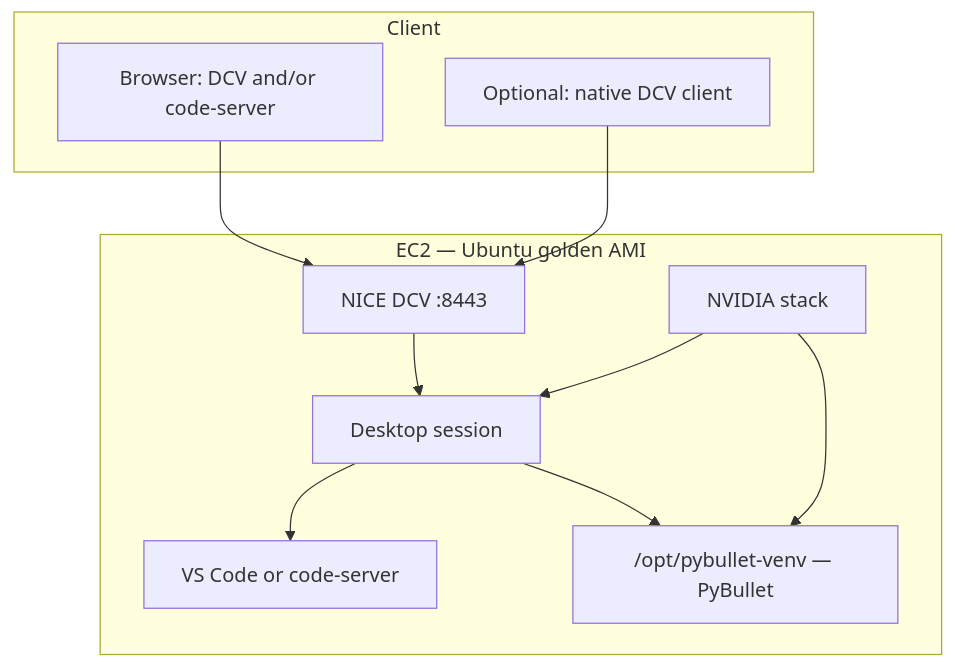
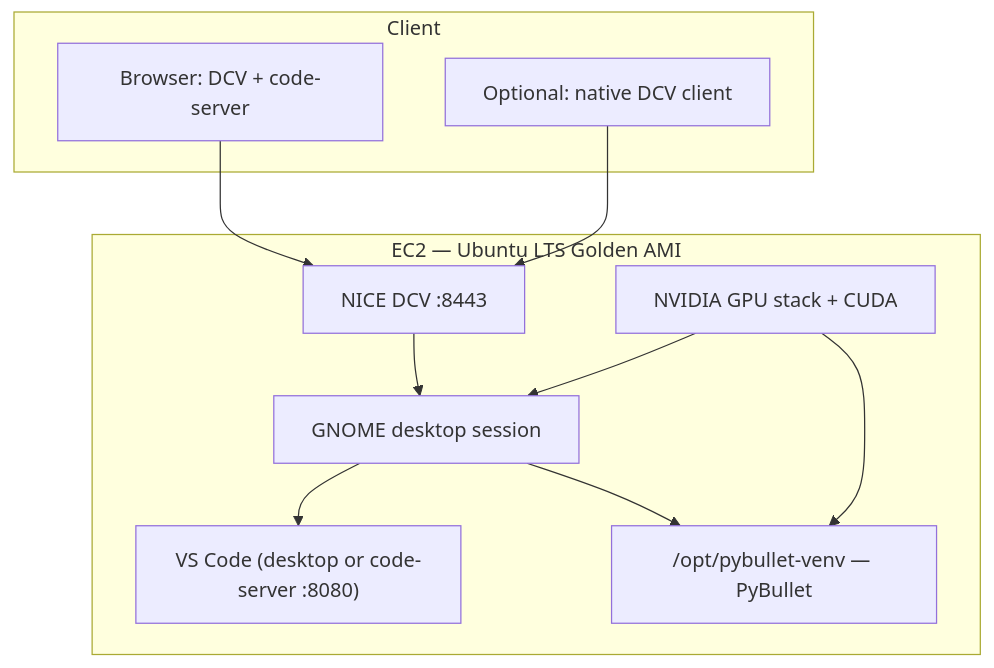
One commit to rubencg195/aws-pybullet-environment changed the fourth of 4 diagrams in README.md. Above: the diagram before and after it, drawn with Mermaid. The commit also changed other lines of this file, not shown here.

First line of the commit message:
Restructure README: remove redundancy, organize phased roadmap

````diff
--- a/README.md
+++ b/README.md
@@ -273,21 +104,21 @@
 ```mermaid
 flowchart TB
   subgraph client["Client"]
-    WEB["Browser: DCV and/or code-server"]
+    WEB["Browser: DCV + code-server"]
     DCVC["Optional: native DCV client"]
   end
-  subgraph ec2["EC2 — Ubuntu golden AMI"]
+  subgraph ec2["EC2 — Ubuntu LTS Golden AMI"]
     DCV["NICE DCV :8443"]
-    GN["Desktop session"]
-    VSC["VS Code or code-server"]
+    GN["GNOME desktop session"]
+    VSC["VS Code (desktop or code-server :8080)"]
     PB["/opt/pybullet-venv — PyBullet"]
-    GPU["NVIDIA stack"]
+    GPU["NVIDIA GPU stack + CUDA"]
   end
   WEB --> DCV
   DCVC --> DCV
   DCV --> GN
   GN --> VSC
   GN --> PB
   GPU --> PB
   GPU --> GN
 ```
````
